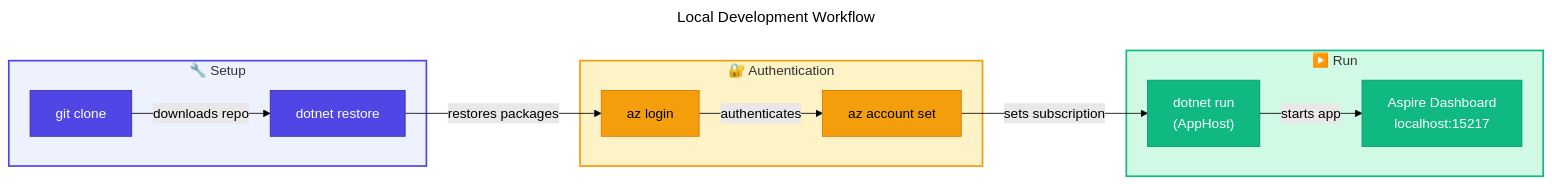
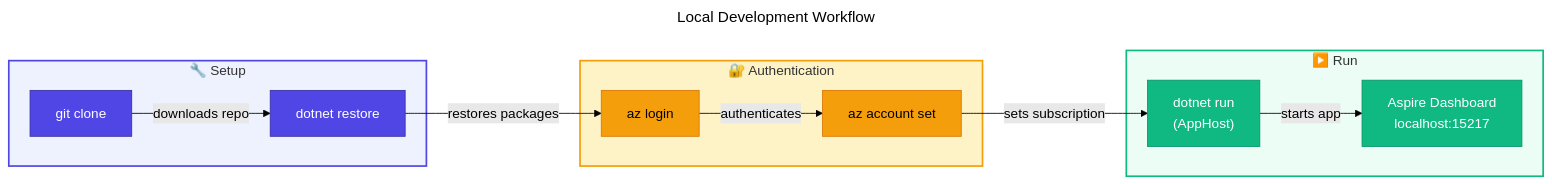
One commit to Evilazaro/Azure-LogicApps-Monitoring changed the sixth of 6 diagrams in docs/architecture/07-deployment-architecture.md. Above: the diagram before and after it, drawn with Mermaid (forest theme). The commit also changed other lines of this file, not shown here.

Commit message:
fix: Enhance flowchart styles and add component descriptions in deployment architecture documentation

````diff
--- a/docs/architecture/07-deployment-architecture.md
+++ b/docs/architecture/07-deployment-architecture.md
@@ -643,48 +645,46 @@
 ```mermaid
 ---
 title: Local Development Workflow
 ---
 flowchart LR
     %% ===== CLASS DEFINITIONS =====
+    %% Primary components: Indigo - main processes/services
     classDef primary fill:#4F46E5,stroke:#3730A3,color:#FFFFFF
+    %% Secondary components: Emerald - secondary elements
     classDef secondary fill:#10B981,stroke:#059669,color:#FFFFFF
+    %% Data stores: Amber - authentication/config
     classDef datastore fill:#F59E0B,stroke:#D97706,color:#000000
-    classDef external fill:#6B7280,stroke:#4B5563,color:#FFFFFF,stroke-dasharray: 5 5
-    classDef failed fill:#F44336,stroke:#C62828,color:#FFFFFF
-    classDef trigger fill:#818CF8,stroke:#4F46E5,color:#FFFFFF
-    classDef decision fill:#FFFBEB,stroke:#F59E0B,color:#000000
-    classDef input fill:#F3F4F6,stroke:#6B7280,color:#000000
 
     %% ===== SETUP STAGE =====
     subgraph Setup["🔧 Setup"]
         Clone["git clone"]
         Deps["dotnet restore"]
     end
     style Setup fill:#EEF2FF,stroke:#4F46E5,stroke-width:2px
 
     %% ===== AUTHENTICATION STAGE =====
     subgraph Auth["🔐 Authentication"]
         Login["az login"]
         Select["az account set"]
     end
     style Auth fill:#FEF3C7,stroke:#F59E0B,stroke-width:2px
 
     %% ===== RUN STAGE =====
     subgraph Run["▶️ Run"]
         Aspire["dotnet run<br/>(AppHost)"]
         Dashboard["Aspire Dashboard<br/>localhost:15217"]
     end
-    style Run fill:#D1FAE5,stroke:#10B981,stroke-width:2px
+    style Run fill:#ECFDF5,stroke:#10B981,stroke-width:2px
 
     %% ===== WORKFLOW CONNECTIONS =====
     Clone -->|"downloads repo"| Deps
     Deps -->|"restores packages"| Login
     Login -->|"authenticates"| Select
     Select -->|"sets subscription"| Aspire
     Aspire -->|"starts app"| Dashboard
 
     %% ===== APPLY STYLES =====
     class Clone,Deps primary
     class Login,Select datastore
     class Aspire,Dashboard secondary
 ```
````
